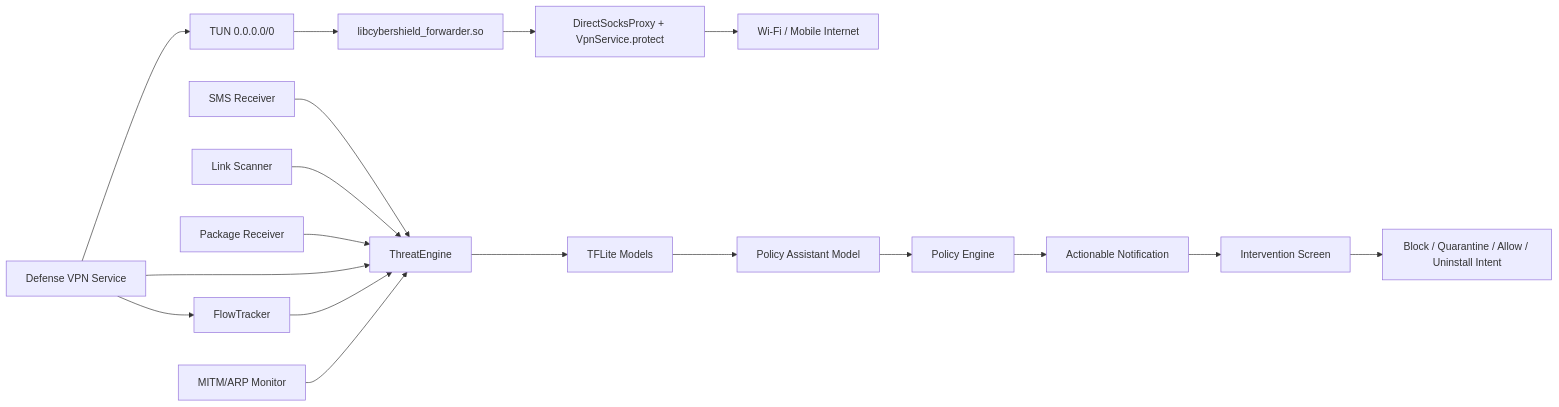
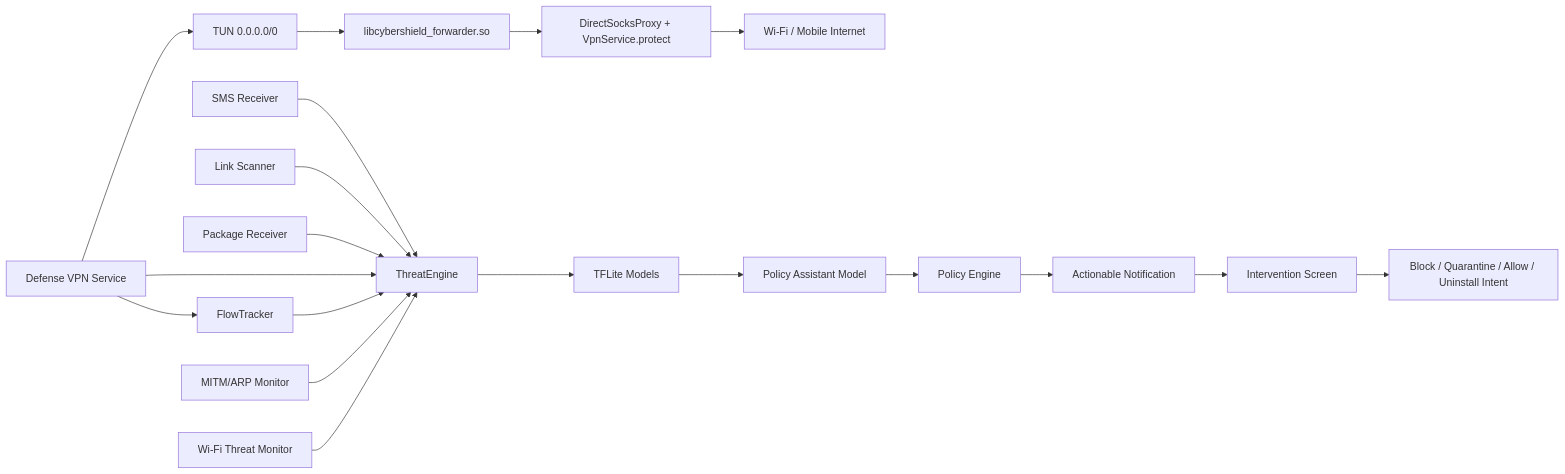
One commit to chefvolkan53-ctrl/CyberShieldAndroid changed the diagram in README.md. Above: the diagram before and after it, drawn with Mermaid. The commit also changed other lines of this file and 14 other files, not shown here.

````diff
--- a/README.md
+++ b/README.md
@@ -68,20 +71,21 @@
 ```mermaid
 flowchart LR
     SMS[SMS Receiver] --> Engine[ThreatEngine]
     URL[Link Scanner] --> Engine
     APK[Package Receiver] --> Engine
     VPN[Defense VPN Service] --> TUN[TUN 0.0.0.0/0]
     TUN --> Native[libcybershield_forwarder.so]
     Native --> SOCKS[DirectSocksProxy + VpnService.protect]
     SOCKS --> NET[Wi-Fi / Mobile Internet]
     VPN --> Flow[FlowTracker]
     VPN --> Engine
     Flow --> Engine
     ARP[MITM/ARP Monitor] --> Engine
+    WIFI[Wi-Fi Threat Monitor] --> Engine
     Engine --> TFLite[TFLite Models]
     TFLite --> Assistant[Policy Assistant Model]
     Assistant --> Policy[Policy Engine]
     Policy --> Notify[Actionable Notification]
     Notify --> Intervention[Intervention Screen]
     Intervention --> Block[Block / Quarantine / Allow / Uninstall Intent]
 ```
````
